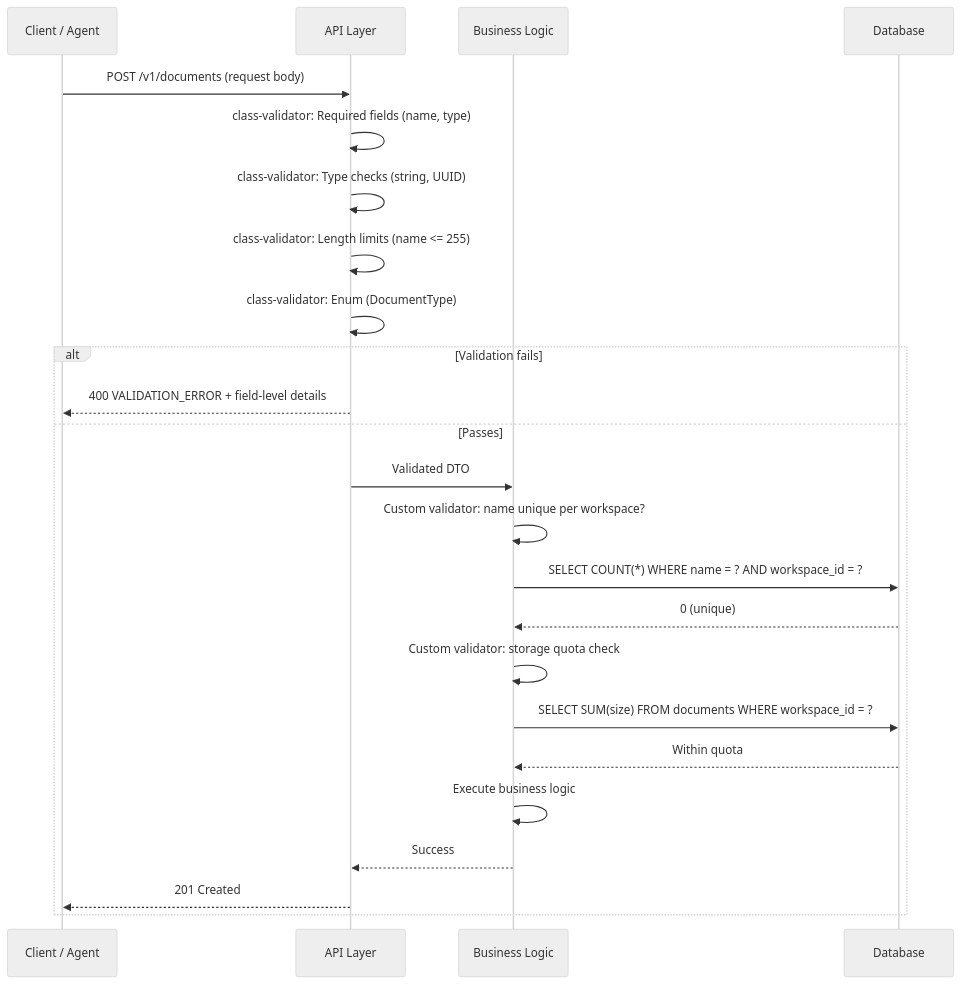
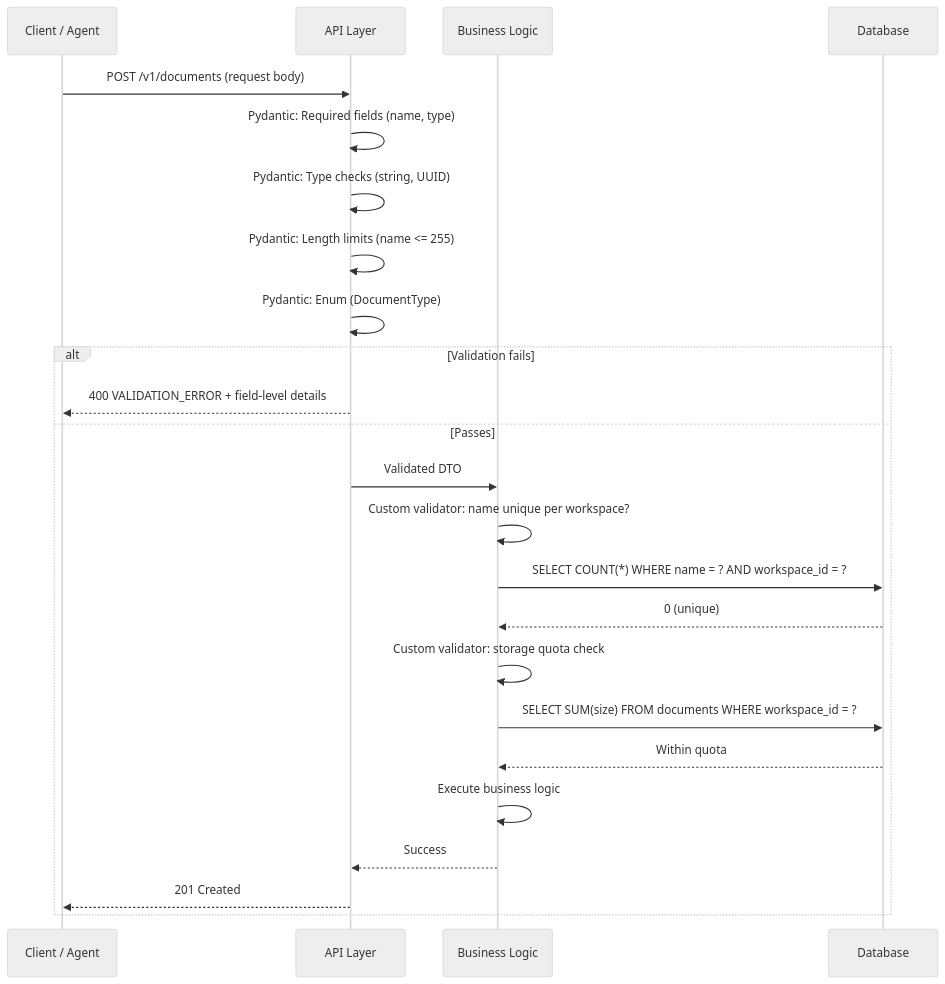
The second of 2 diagrams in docs/backend/Validation.md (Driftloom/Vaeloom), drawn with Mermaid (neutral theme) before and after one commit. The commit also changed other lines of this file and 159 other files, not shown here.

````diff
--- a/docs/backend/Validation.md
+++ b/docs/backend/Validation.md
@@ -233,27 +247,27 @@
 ```mermaid
 sequenceDiagram
     participant C as Client / Agent
     participant API as API Layer
     participant BL as Business Logic
     participant DB as Database
 
     C->>API: POST /v1/documents (request body)
-    API->>API: class-validator: Required fields (name, type)
-    API->>API: class-validator: Type checks (string, UUID)
-    API->>API: class-validator: Length limits (name <= 255)
-    API->>API: class-validator: Enum (DocumentType)
+    API->>API: Pydantic: Required fields (name, type)
+    API->>API: Pydantic: Type checks (string, UUID)
+    API->>API: Pydantic: Length limits (name <= 255)
+    API->>API: Pydantic: Enum (DocumentType)
     alt Validation fails
         API-->>C: 400 VALIDATION_ERROR + field-level details
     else Passes
         API->>BL: Validated DTO
         BL->>BL: Custom validator: name unique per workspace?
         BL->>DB: SELECT COUNT(*) WHERE name = ? AND workspace_id = ?
         DB-->>BL: 0 (unique)
         BL->>BL: Custom validator: storage quota check
         BL->>DB: SELECT SUM(size) FROM documents WHERE workspace_id = ?
         DB-->>BL: Within quota
         BL->>BL: Execute business logic
         BL-->>API: Success
         API-->>C: 201 Created
     end
 ```
````
